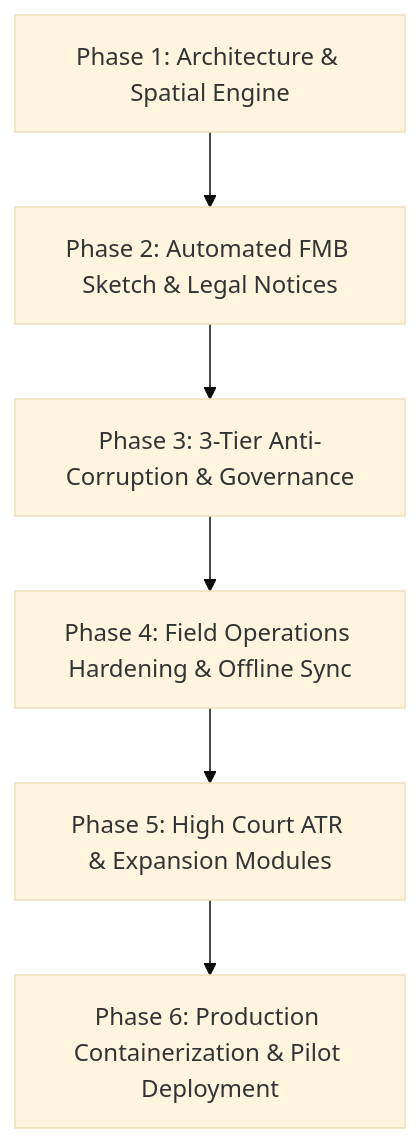
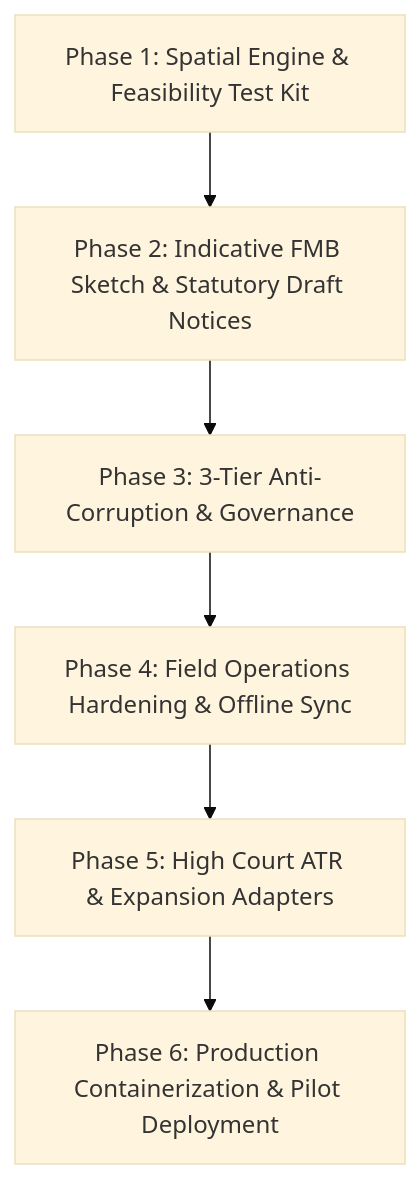
The diagram in docs/PRODUCT_TRANSITION_MASTER_PLAN.md (Prakash-Ramakrishnan110/niral-project110), drawn with Mermaid (base theme) before and after one commit. The commit also changed other lines of this file and 12 other files, not shown here.

Commit message:
feat(compliance): enforce deny-by-default notice authority, dual configurable spatial tolerances, satellite feasibility test kit, and backlog UNVERIFIED updates

````diff
--- a/docs/PRODUCT_TRANSITION_MASTER_PLAN.md
+++ b/docs/PRODUCT_TRANSITION_MASTER_PLAN.md
@@ -25,8 +26,8 @@
 ```mermaid
 graph TD
-    P1[Phase 1: Architecture & Spatial Engine] --> P2[Phase 2: Automated FMB Sketch & Legal Notices]
+    P1[Phase 1: Spatial Engine & Feasibility Test Kit] --> P2[Phase 2: Indicative FMB Sketch & Statutory Draft Notices]
     P2 --> P3[Phase 3: 3-Tier Anti-Corruption & Governance]
     P3 --> P4[Phase 4: Field Operations Hardening & Offline Sync]
-    P4 --> P5[Phase 5: High Court ATR & Expansion Modules]
+    P4 --> P5[Phase 5: High Court ATR & Expansion Adapters]
     P5 --> P6[Phase 6: Production Containerization & Pilot Deployment]
 ```
````
